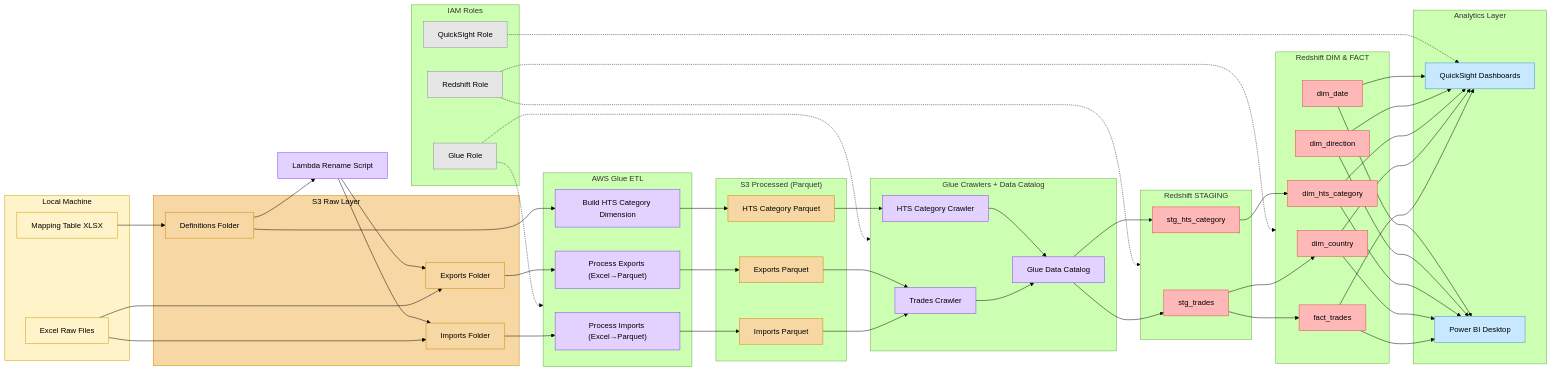
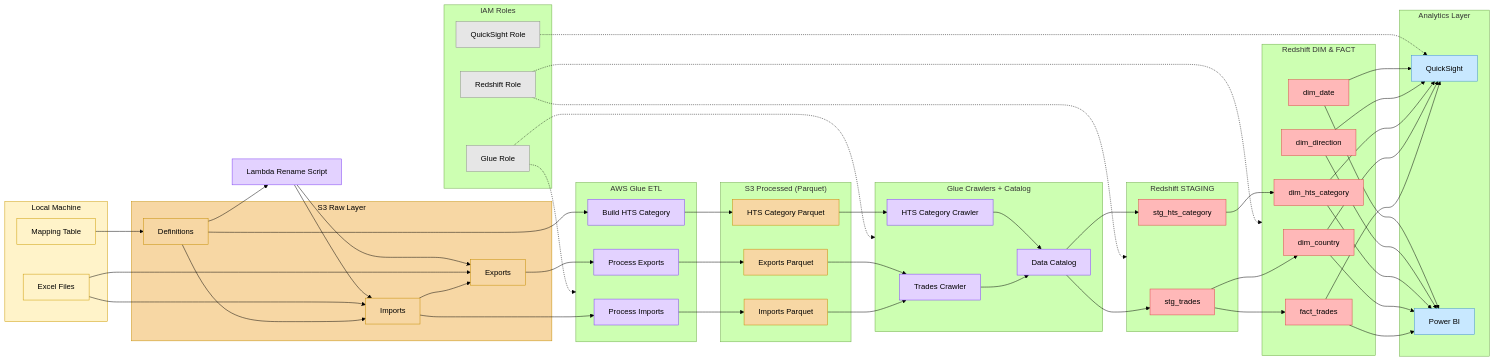
The diagram in System-Architecture.md (salihsezen/us-trade-tariff-impact-analysis), drawn with Mermaid (forest theme) before and after one commit.

Commit message:
Refactor system architecture diagram labels

````diff
--- a/System-Architecture.md
+++ b/System-Architecture.md
@@ -9,21 +9,22 @@
 classDef iam fill:#e6e6e6,stroke:#8d8d8d,stroke-width:1px,color:#000;
 classDef local fill:#fff3c9,stroke:#cc9a00,stroke-width:1px,color:#000;
 
-
 %% ===================================================================
 %%                           TOP ROW (INGESTION)
 %% ===================================================================
 
 subgraph LOCAL["Local Machine"]
-  L1["Excel Raw Files"]
-  L2["Mapping Table XLSX"]
+  L1["Excel Files"]
+  L2["Mapping Table"]
 end
 class LOCAL,L1,L2 local;
 
 subgraph RAW["S3 Raw Layer"]
-  R1["Definitions Folder"]
-  R2["Imports Folder"]
-  R3["Exports Folder"]
+  R1["Definitions"]
+  R2["Imports"]
+  R3["Exports"]
+  R1 --> R2
+  R2 --> R3
 end
 class RAW,R1,R2,R3 s3;
 
@@ -39,9 +40,9 @@
 Lambda1 --> R3
 
 subgraph GLUE["AWS Glue ETL"]
-  G1["Process Imports (Excel→Parquet)"]
-  G2["Process Exports (Excel→Parquet)"]
-  G3["Build HTS Category Dimension"]
+  G1["Process Imports"]
+  G2["Process Exports"]
+  G3["Build HTS Category"]
 end
 class G1,G2,G3 glue;
 
@@ -65,18 +66,16 @@
 G2 --> P2
 G3 --> P3
 
-
-subgraph CRAWLERS["Glue Crawlers + Data Catalog"]
+subgraph CRAWLERS["Glue Crawlers + Catalog"]
   C1["Trades Crawler"]
   C2["HTS Category Crawler"]
-  CAT["Glue Data Catalog"]
+  CAT["Data Catalog"]
 end
 class C1,C2,CAT glue;
 
 P1 --> C1 --> CAT
 P2 --> C1
 P3 --> C2 --> CAT
-
 
 subgraph STAGING["Redshift STAGING"]
   ST1["stg_trades"]
@@ -86,7 +85,6 @@
 
 CAT --> ST1
 CAT --> ST2
-
 
 subgraph CORE["Redshift DIM & FACT"]
   D1["dim_country"]
@@ -101,14 +99,12 @@
 ST1 --> D1
 ST2 --> D2
 
-
 subgraph BI["Analytics Layer"]
-  Q1["QuickSight Dashboards"]
-  PB1["Power BI Desktop"]
+  Q1["QuickSight"]
+  PB1["Power BI"]
 end
 class Q1,PB1 bi;
 
-%% FACT + DIM → BI
 F1 --> Q1
 F1 --> PB1
 D1 --> Q1
@@ -119,11 +115,6 @@
 D3 --> PB1
 D4 --> Q1
 D4 --> PB1
-
-
-%% ===================================================================
-%%                        IAM ROLES (RIGHT SIDE)
-%% ===================================================================
 
 subgraph IAM["IAM Roles"]
   IAM1["Glue Role"]
@@ -137,5 +128,4 @@
 IAM2 -.-> CORE
 IAM2 -.-> STAGING
 IAM3 -.-> Q1
-
 ```
````
